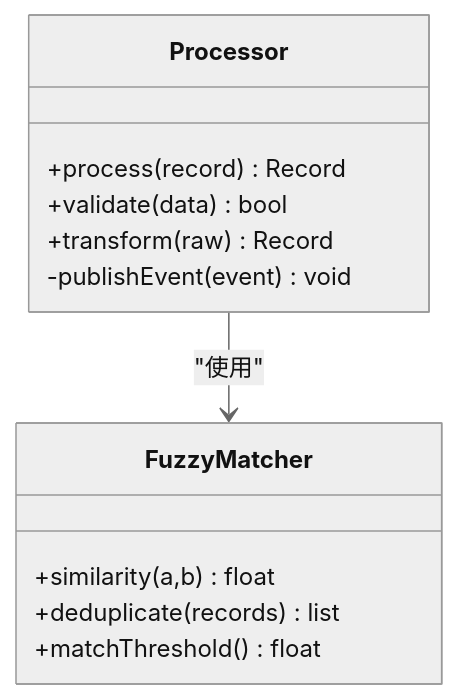
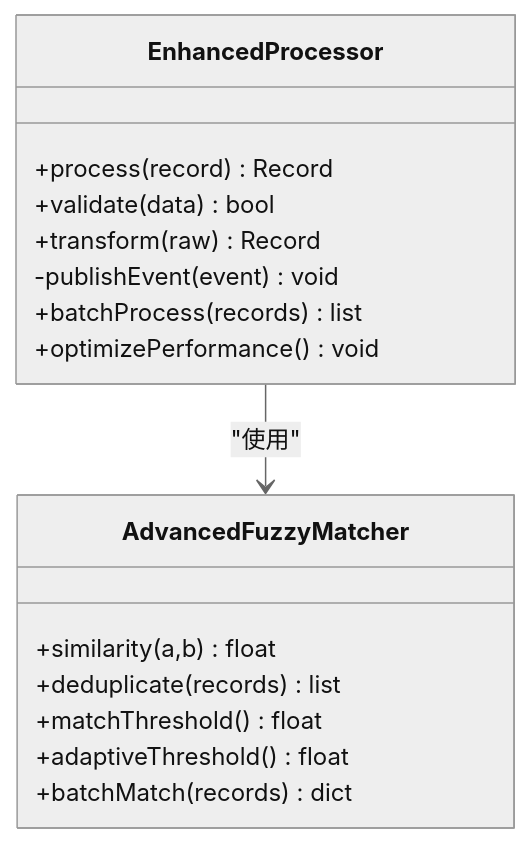
One commit to xufuyu/Lumen changed the third of 6 diagrams in .qoder/repowiki/zh/content/后端开发/后端开发.md. Above: the diagram before and after it, drawn with Mermaid (neutral theme). The commit also changed other lines of this file and 43 other files, not shown here.

````diff
--- a/.qoder/repowiki/zh/content/后端开发/后端开发.md
+++ b/.qoder/repowiki/zh/content/后端开发/后端开发.md
@@ -271,15 +275,19 @@
 ```mermaid
 classDiagram
-class Processor {
+class EnhancedProcessor {
 +process(record) Record
 +validate(data) bool
 +transform(raw) Record
 -publishEvent(event) void
++batchProcess(records) list
++optimizePerformance() void
 }
-class FuzzyMatcher {
+class AdvancedFuzzyMatcher {
 +similarity(a,b) float
 +deduplicate(records) list
 +matchThreshold() float
++adaptiveThreshold() float
++batchMatch(records) dict
 }
-Processor --> FuzzyMatcher : "使用"
+EnhancedProcessor --> AdvancedFuzzyMatcher : "使用"
 ```
````
